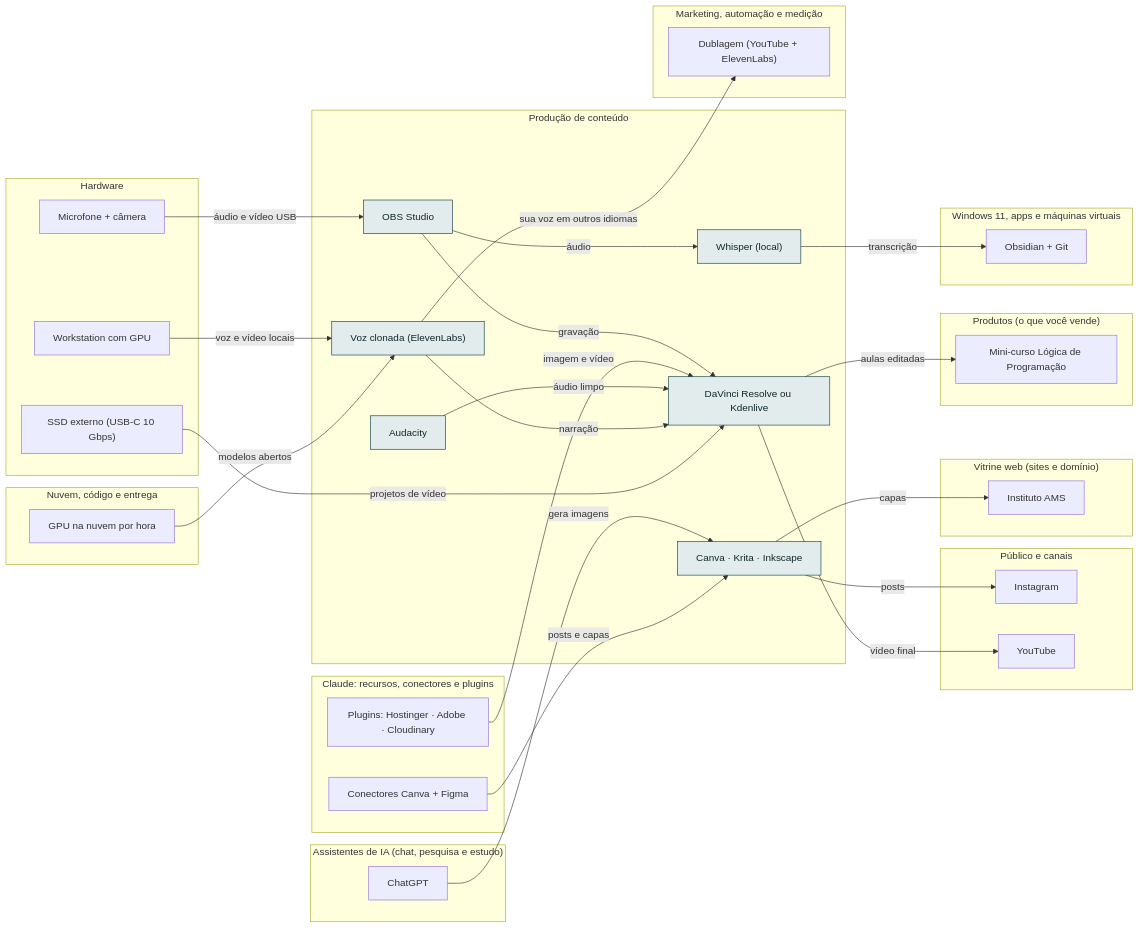
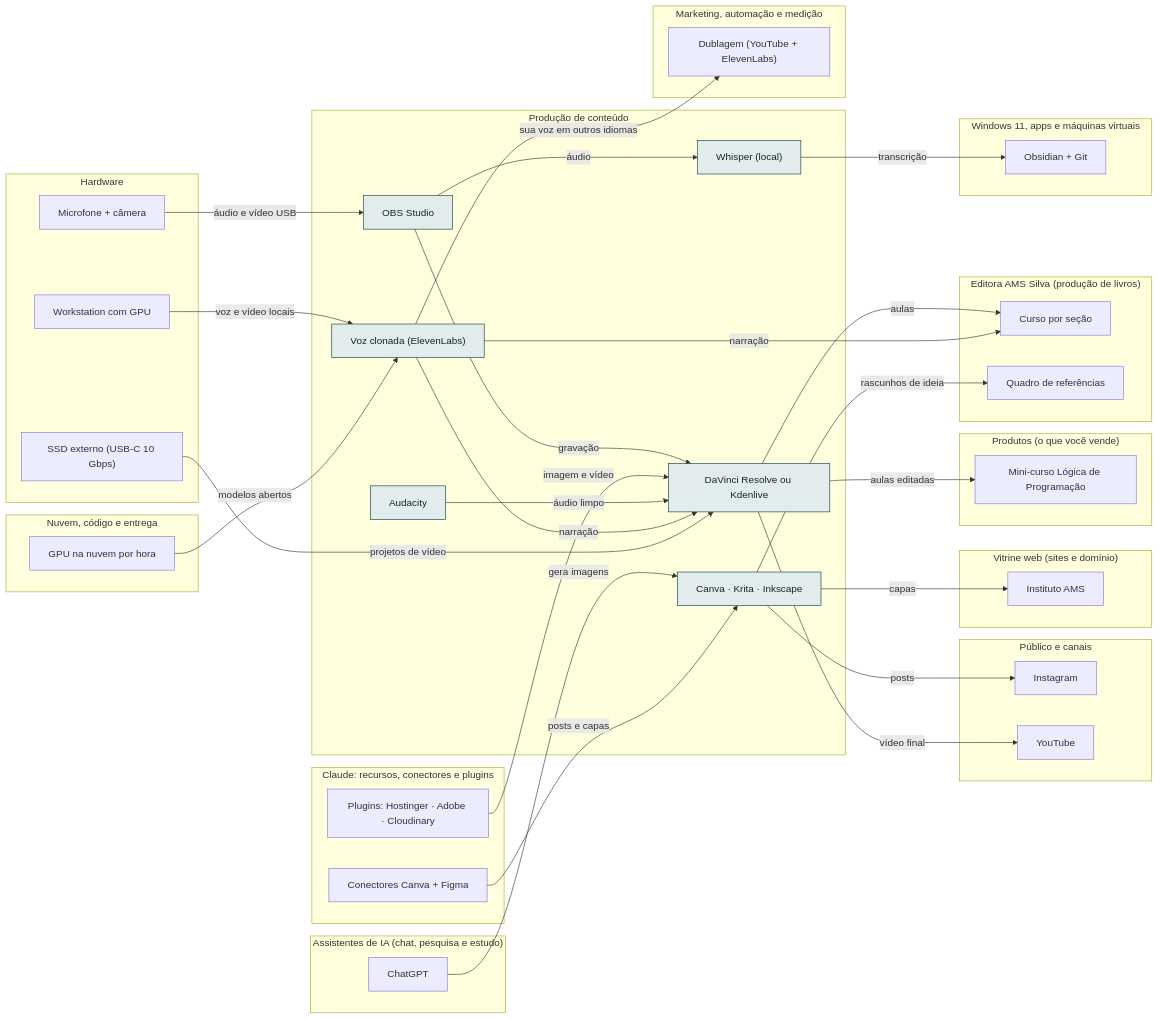
Before and after one commit to AlanMateus17/dev-setup: the diagram in docs/camadas/12-cont.md, drawn with Mermaid. The commit also changed other lines of this file and 39 other files, not shown here.

First line of the commit message:
feat: Editora AMS Silva dentro do setup

````diff
--- a/docs/camadas/12-cont.md
+++ b/docs/camadas/12-cont.md
@@ -14,61 +14,68 @@
 ```mermaid
 flowchart LR
   subgraph L_cont["Produção de conteúdo"]
     n_obss["OBS Studio"]
     n_edit["DaVinci Resolve ou Kdenlive"]
     n_aud["Audacity"]
     n_img["Canva · Krita · Inkscape"]
     n_whis["Whisper (local)"]
     n_voz["Voz clonada (ElevenLabs)"]
   end
   subgraph L_pub["Público e canais"]
     n_ig["Instagram"]
     n_yt["YouTube"]
   end
   subgraph L_mkt["Marketing, automação e medição"]
     n_dub["Dublagem (YouTube + ElevenLabs)"]
   end
   subgraph L_web["Vitrine web (sites e domínio)"]
     n_inst["Instituto AMS"]
   end
   subgraph L_prod["Produtos (o que você vende)"]
     n_curso["Mini-curso Lógica de Programação"]
+  end
+  subgraph L_editora["Editora AMS Silva (produção de livros)"]
+    n_bcurso["Curso por seção"]
+    n_refs["Quadro de referências"]
   end
   subgraph L_nuvem["Nuvem, código e entrega"]
     n_gpuh["GPU na nuvem por hora"]
   end
   subgraph L_clc["Claude: recursos, conectores e plugins"]
     n_ccan["Conectores Canva + Figma"]
     n_phst["Plugins: Hostinger · Adobe · Cloudinary"]
   end
   subgraph L_chat["Assistentes de IA (chat, pesquisa e estudo)"]
     n_gpt["ChatGPT"]
   end
   subgraph L_win["Windows 11, apps e máquinas virtuais"]
     n_obsd["Obsidian + Git"]
   end
   subgraph L_hw["Hardware"]
     n_mic["Microfone + câmera"]
     n_ssdext["SSD externo (USB-C 10 Gbps)"]
     n_ws["Workstation com GPU"]
   end
   n_obss -->|"gravação"| n_edit
   n_obss -->|"áudio"| n_whis
   n_mic -->|"áudio e vídeo USB"| n_obss
   n_edit -->|"vídeo final"| n_yt
   n_edit -->|"aulas editadas"| n_curso
+  n_edit -->|"aulas"| n_bcurso
   n_phst -->|"imagem e vídeo"| n_edit
   n_aud -->|"áudio limpo"| n_edit
   n_voz -->|"narração"| n_edit
   n_ssdext -->|"projetos de vídeo"| n_edit
   n_img -->|"posts"| n_ig
   n_img -->|"capas"| n_inst
+  n_img -->|"rascunhos de ideia"| n_refs
   n_gpt -->|"gera imagens"| n_img
   n_ccan -->|"posts e capas"| n_img
   n_whis -->|"transcrição"| n_obsd
   n_voz -->|"sua voz em outros idiomas"| n_dub
+  n_voz -->|"narração"| n_bcurso
   n_ws -->|"voz e vídeo locais"| n_voz
   n_gpuh -->|"modelos abertos"| n_voz
   classDef desta fill:#e2ecec,stroke:#0e3a45,color:#13262b
   class n_obss,n_edit,n_aud,n_img,n_whis,n_voz desta
 ```
````
